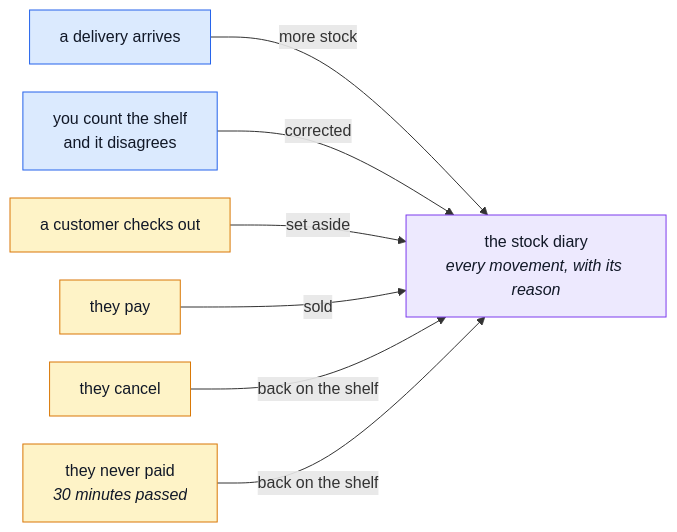
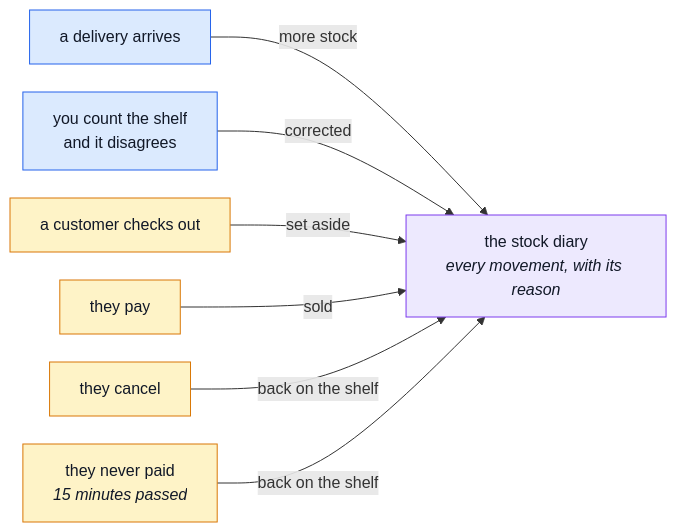
Before and after one commit to Guebbit/boilerplate-node-backend: the first of 3 diagrams in docs/demo-ecommerce/warehouse.md, drawn with Mermaid. The commit also changed other lines of this file and 130 other files, not shown here.

````diff
--- a/docs/demo-ecommerce/warehouse.md
+++ b/docs/demo-ecommerce/warehouse.md
@@ -12,17 +12,17 @@
 ```mermaid
 %%{init: {'flowchart': {'nodeSpacing': 28, 'rankSpacing': 55}}}%%
 flowchart LR
     A["a delivery arrives"] -->|"more stock"| L["the stock diary<br/><i>every movement, with its reason</i>"]
     B["you count the shelf<br/>and it disagrees"] -->|"corrected"| L
     C["a customer checks out"] -->|"set aside"| L
     D["they pay"] -->|"sold"| L
     E["they cancel"] -->|"back on the shelf"| L
-    F["they never paid<br/><i>30 minutes passed</i>"] -->|"back on the shelf"| L
+    F["they never paid<br/><i>15 minutes passed</i>"] -->|"back on the shelf"| L
 
     classDef you fill:#dbeafe,stroke:#2563eb,color:#111827;
     classDef auto fill:#fef3c7,stroke:#d97706,color:#111827;
     classDef book fill:#ede9fe,stroke:#7c3aed,color:#111827;
     class A,B you;
     class C,D,E,F auto;
     class L book;
 ```
````
